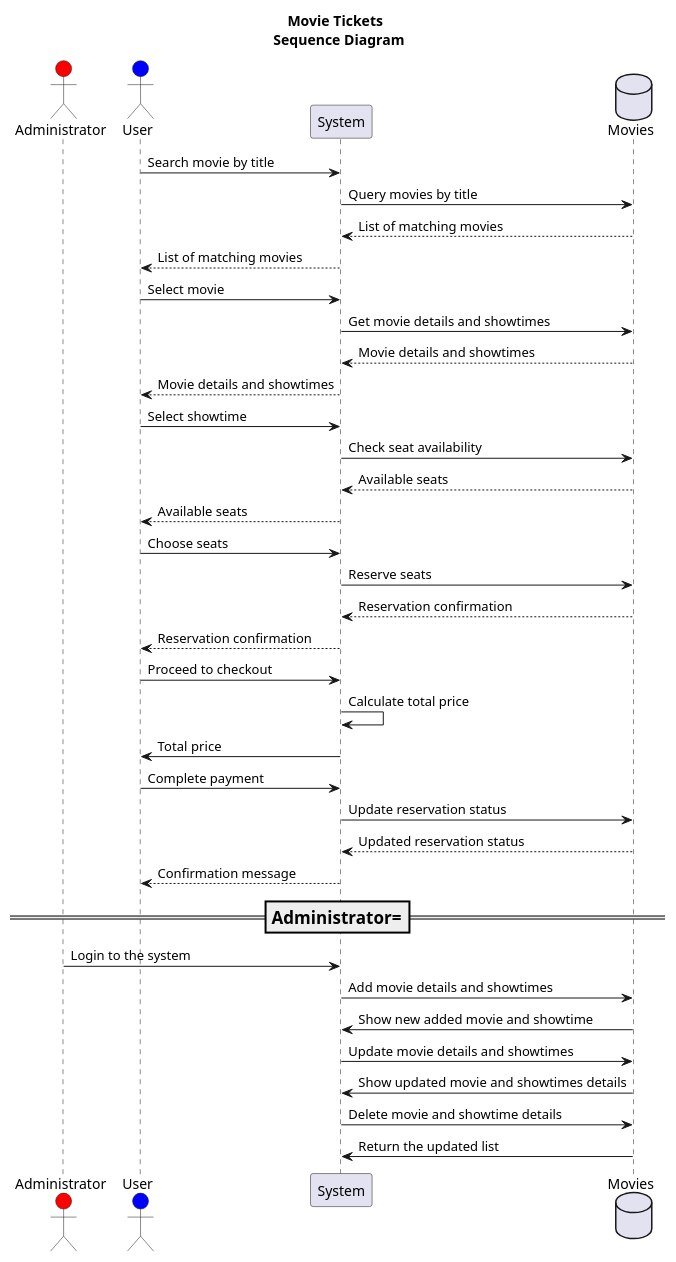
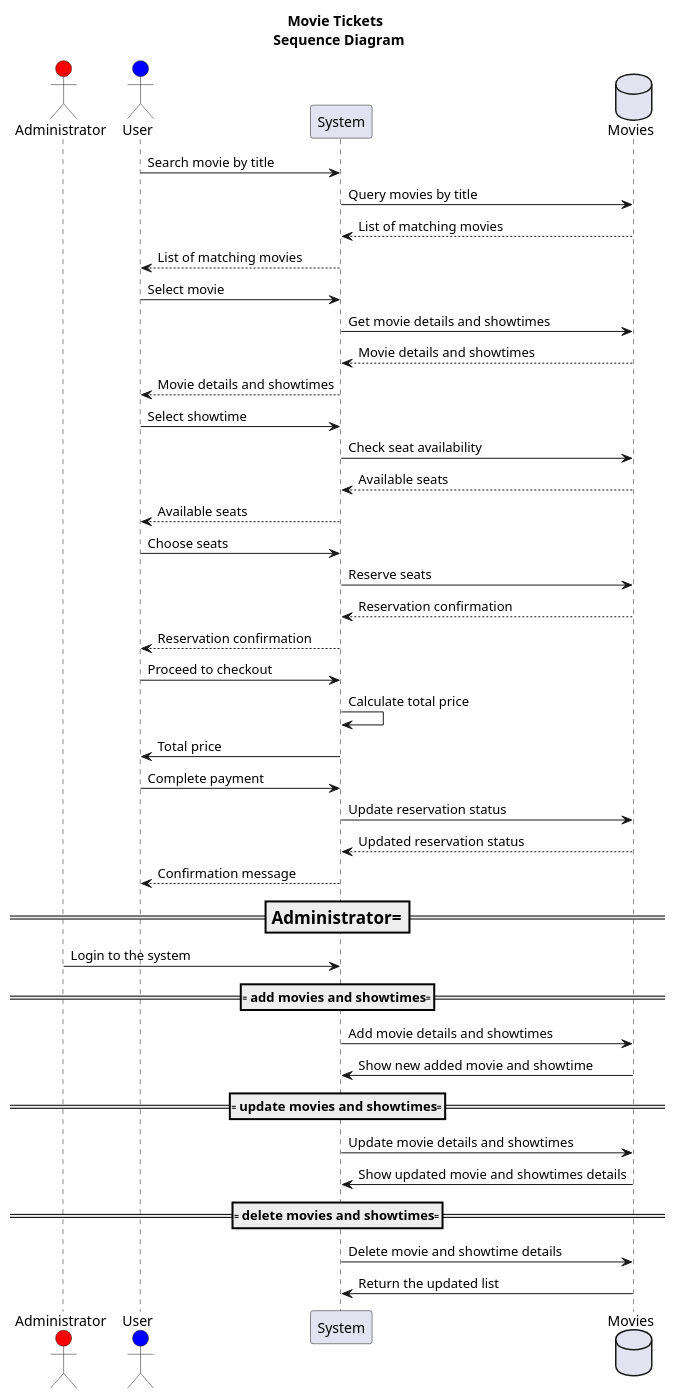
One commit to mariahgift/plantUML-activities changed the diagram in movieTickets/movieTickets.plantuml. Above: the diagram before and after it, drawn with PlantUML. The commit also changed 2 other files, not shown here.

Commit message:
exported the png file of the diagram

```diff
--- a/movieTickets/movieTickets.plantuml
+++ b/movieTickets/movieTickets.plantuml
@@ -1,49 +1,53 @@
 @startuml
 
 title Movie Tickets \n Sequence Diagram
 
 actor Administrator #red
 actor User #blue
 participant System
 database Movies
 
 User -> System: Search movie by title
 System -> Movies: Query movies by title
 Movies --> System: List of matching movies
 System --> User: List of matching movies
 
 User -> System: Select movie
 System -> Movies: Get movie details and showtimes
 Movies --> System: Movie details and showtimes
 System --> User: Movie details and showtimes
 
 User -> System: Select showtime
 System -> Movies: Check seat availability
 Movies --> System: Available seats
 System --> User: Available seats
 
 User -> System: Choose seats
 System -> Movies: Reserve seats
 Movies --> System: Reservation confirmation
 System --> User: Reservation confirmation
 
 User -> System: Proceed to checkout
 System -> System: Calculate total price
 System -> User: Total price
 
 User -> System: Complete payment
 System -> Movies: Update reservation status
 Movies --> System: Updated reservation status
 System --> User: Confirmation message
 
 ===Administrator===
 Administrator -> System: Login to the system
+
+==== add movies and showtimes====
 System -> Movies: Add movie details and showtimes
 Movies -> System: Show new added movie and showtime
 
+==== update movies and showtimes====
 System -> Movies: Update movie details and showtimes
 Movies -> System: Show updated movie and showtimes details
 
+==== delete movies and showtimes====
 System -> Movies: Delete movie and showtime details
 Movies -> System: Return the updated list
 @enduml
```
